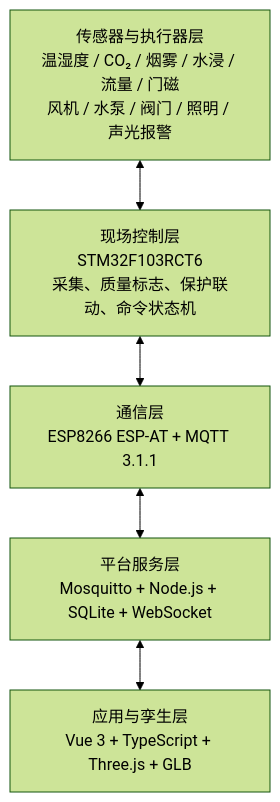
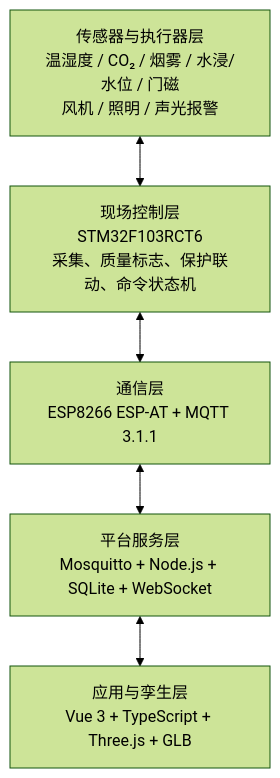
The second of 2 diagrams in README.md (x1ng-chen/utility-tunnel-digital-twin), drawn with Mermaid (forest theme) before and after one commit. The commit also changed other lines of this file and 4 other files, not shown here.

````diff
--- a/README.md
+++ b/README.md
@@ -99,13 +99,13 @@
 ```mermaid
 flowchart TB
-    S[传感器与执行器层<br/>温湿度 / CO₂ / 烟雾 / 水浸 / 流量 / 门磁<br/>风机 / 水泵 / 阀门 / 照明 / 声光报警]
+    S[传感器与执行器层<br/>温湿度 / CO₂ / 烟雾 / 水浸/水位 / 门磁<br/>风机 / 照明 / 声光报警]
     C[现场控制层<br/>STM32F103RCT6<br/>采集、质量标志、保护联动、命令状态机]
     G[通信层<br/>ESP8266 ESP-AT + MQTT 3.1.1]
     P[平台服务层<br/>Mosquitto + Node.js + SQLite + WebSocket]
     W[应用与孪生层<br/>Vue 3 + TypeScript + Three.js + GLB]
 
     S <--> C
     C <--> G
     G <--> P
     P <--> W
 ```
````
